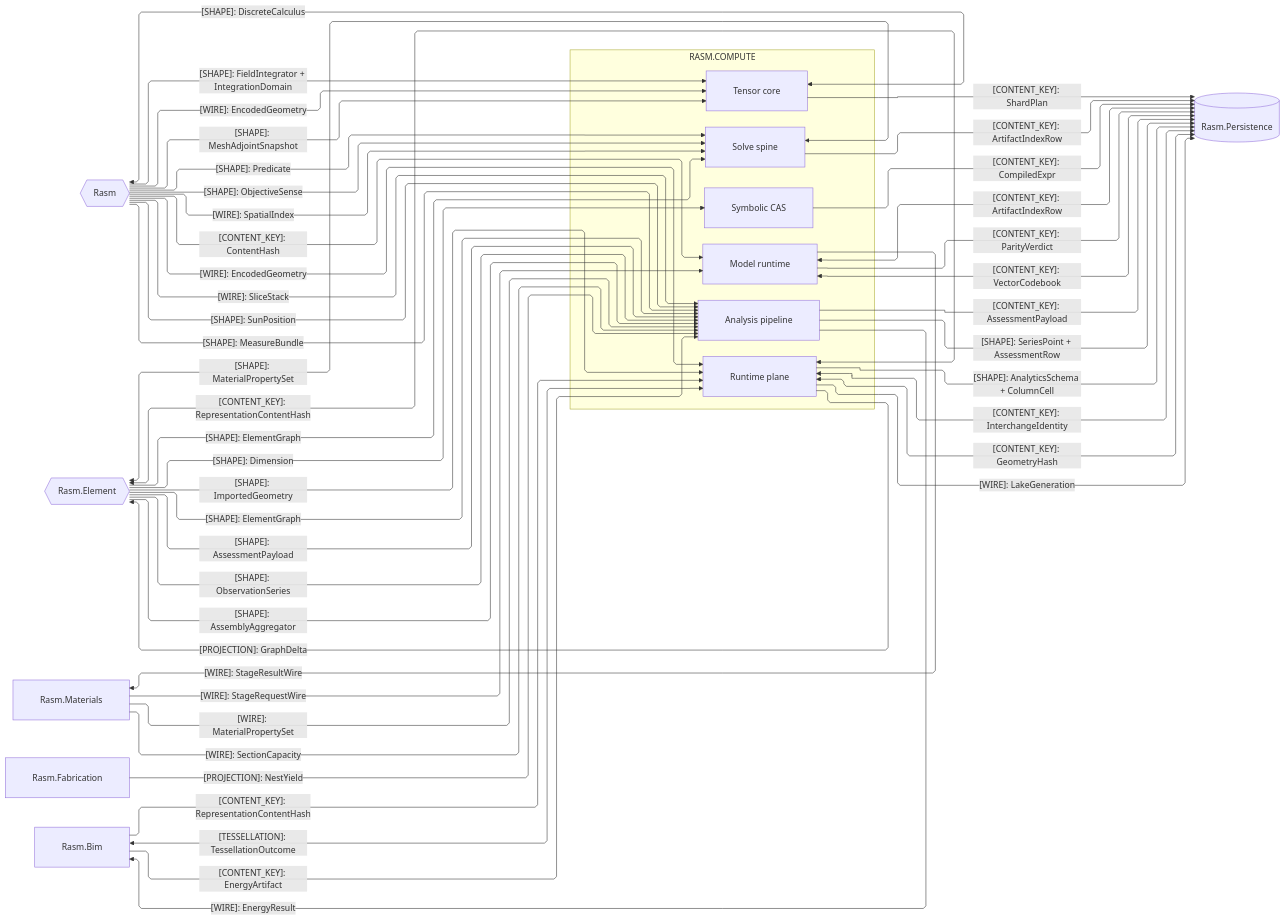
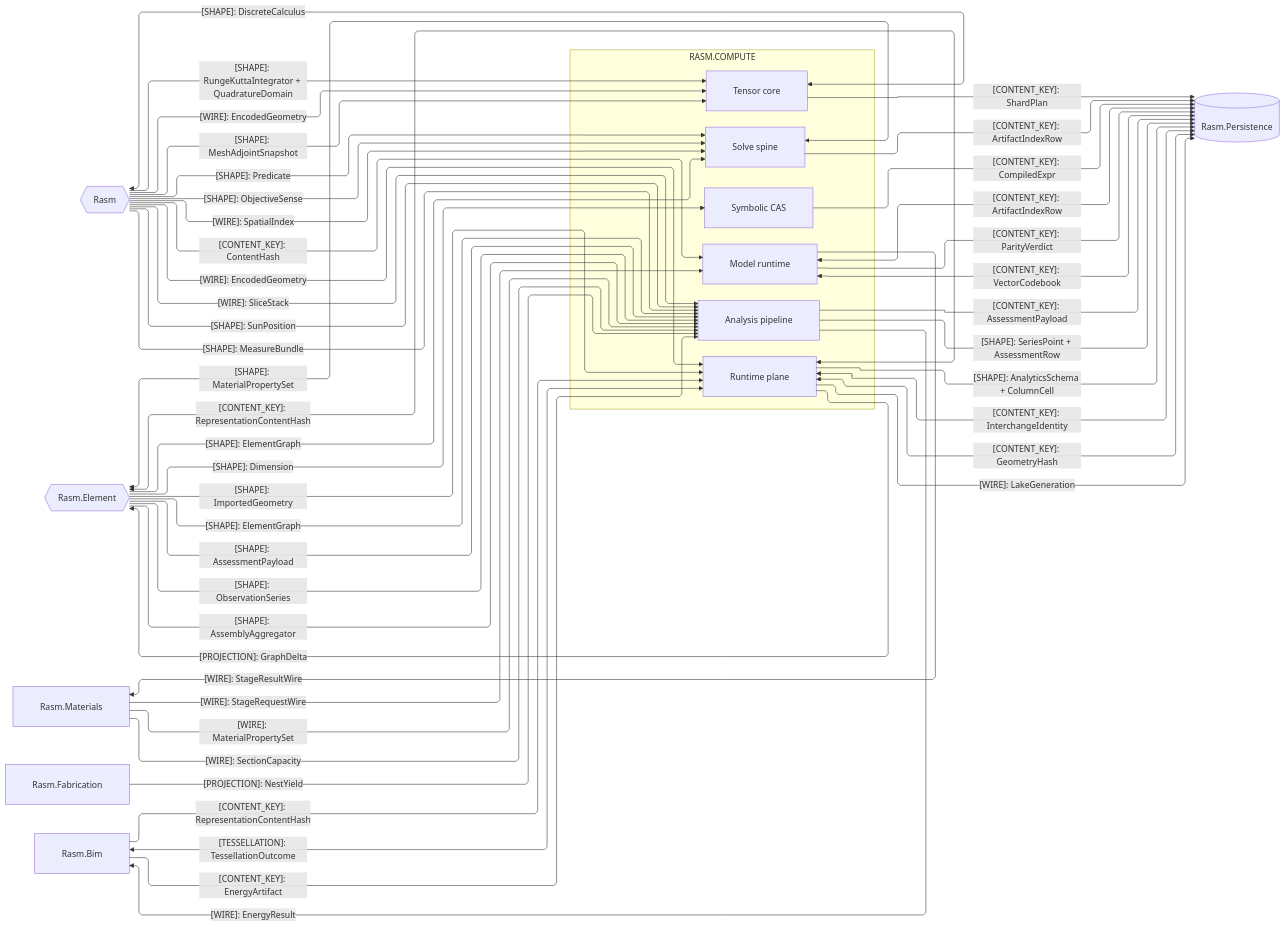
One commit to bsamiee/Rasm changed the second of 4 diagrams in libs/dotnet/Rasm.Compute/ARCHITECTURE.md. Above: the diagram before and after it, drawn with Mermaid. The commit also changed 99 other files, not shown here.

````diff
--- a/libs/dotnet/Rasm.Compute/ARCHITECTURE.md
+++ b/libs/dotnet/Rasm.Compute/ARCHITECTURE.md
@@ -141,69 +141,69 @@
 ```mermaid
 ---
 config:
   layout: elk
   flowchart:
     curve: linear
     padding: 25
 ---
 flowchart LR
     accTitle: Compute AEC-domain and storage interfaces
     accDescr: Which kinded contract shapes cross between Compute's owners, the kernel, the AEC peers, and the persistence store.
     subgraph compute[RASM.COMPUTE]
         Model[Model runtime]
         Tensor[Tensor core]
         Solver[Solve spine]
         Symbolic[Symbolic CAS]
         Analysis[Analysis pipeline]
         Runtime[Runtime plane]
     end
     Rasm{{Rasm}}
     Persistence[(Rasm.Persistence)]
     Element{{Rasm.Element}}
     Materials[Rasm.Materials]
     Fabrication[Rasm.Fabrication]
     Bim[Rasm.Bim]
     Rasm e1@-->|"[CONTENT_KEY]: ContentHash"| Model
     Rasm e3@-->|"[SHAPE]: Predicate"| Solver
     Rasm e4@-->|"[SHAPE]: ObjectiveSense"| Solver
     Tensor e5@<-->|"[SHAPE]: DiscreteCalculus"| Rasm
     Rasm e6@-->|"[WIRE]: SliceStack"| Analysis
     Rasm e7@-->|"[SHAPE]: MeshAdjointSnapshot"| Tensor
     Rasm e8@-->|"[WIRE]: SpatialIndex"| Solver
     Rasm e9@-->|"[WIRE]: EncodedGeometry"| Tensor
-    Rasm e10@-->|"[SHAPE]: FieldIntegrator + IntegrationDomain"| Tensor
+    Rasm e10@-->|"[SHAPE]: RungeKuttaIntegrator + QuadratureDomain"| Tensor
     Rasm e11@-->|"[SHAPE]: SunPosition"| Analysis
     Rasm e12@-->|"[SHAPE]: MeasureBundle"| Analysis
     Model e13@<-->|"[CONTENT_KEY]: ArtifactIndexRow"| Persistence
     Model e14@-->|"[CONTENT_KEY]: ParityVerdict"| Persistence
     Model e15@<-->|"[CONTENT_KEY]: VectorCodebook"| Persistence
     Tensor e16@-->|"[CONTENT_KEY]: ShardPlan"| Persistence
     Solver e17@-->|"[CONTENT_KEY]: ArtifactIndexRow"| Persistence
     Symbolic e18@-->|"[CONTENT_KEY]: CompiledExpr"| Persistence
     Analysis e19@-->|"[CONTENT_KEY]: AssessmentPayload"| Persistence
     Analysis e20@-->|"[SHAPE]: SeriesPoint + AssessmentRow"| Persistence
     Runtime e21@<-->|"[CONTENT_KEY]: InterchangeIdentity"| Persistence
     Runtime e22@<-->|"[CONTENT_KEY]: GeometryHash"| Persistence
     Runtime e23@-->|"[WIRE]: LakeGeneration"| Persistence
     Runtime e24@-->|"[SHAPE]: AnalyticsSchema + ColumnCell"| Persistence
     Rasm e25@-->|"[WIRE]: EncodedGeometry"| Runtime
     Solver e26@<-->|"[SHAPE]: MaterialPropertySet"| Element
     Element e27@-->|"[SHAPE]: Dimension"| Symbolic
     Element e28@-->|"[SHAPE]: ElementGraph"| Analysis
     Element e29@-->|"[SHAPE]: ElementGraph"| Solver
     Element e30@-->|"[SHAPE]: AssessmentPayload"| Analysis
     Element e31@-->|"[SHAPE]: ObservationSeries"| Analysis
     Runtime e32@-->|"[PROJECTION]: GraphDelta"| Element
     Runtime e33@<-->|"[CONTENT_KEY]: RepresentationContentHash"| Element
     Element e34@-->|"[SHAPE]: ImportedGeometry"| Runtime
     Element e35@-->|"[SHAPE]: AssemblyAggregator"| Analysis
     Materials e36@-->|"[WIRE]: MaterialPropertySet"| Analysis
     Materials e37@-->|"[WIRE]: SectionCapacity"| Analysis
     Materials e38@-->|"[WIRE]: StageRequestWire"| Model
     Model e39@-->|"[WIRE]: StageResultWire"| Materials
     Fabrication e40@-->|"[PROJECTION]: NestYield"| Analysis
     Bim e41@<-->|"[TESSELLATION]: TessellationOutcome"| Runtime
     Bim e43@-->|"[CONTENT_KEY]: RepresentationContentHash"| Runtime
     Bim e44@-->|"[CONTENT_KEY]: EnergyArtifact"| Analysis
     Analysis e45@-->|"[WIRE]: EnergyResult"| Bim
 ```
````
